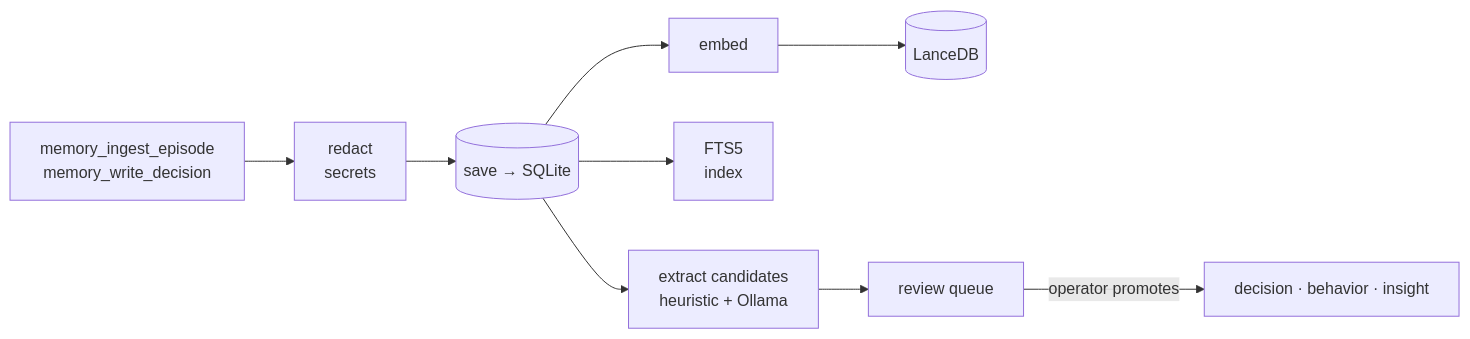
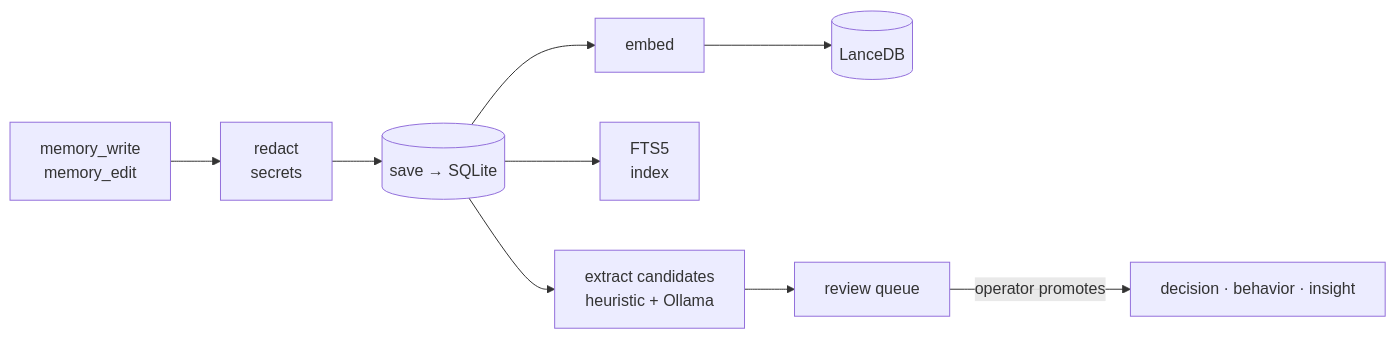
One commit to FrostieM/agentMemory changed the third of 3 diagrams in README.md. Above: the diagram before and after it, drawn with Mermaid. The commit also changed other lines of this file and 693 other files, not shown here.

````diff
--- a/README.md
+++ b/README.md
@@ -77,11 +77,11 @@
 ```mermaid
 flowchart LR
-    W["memory_ingest_episode<br/>memory_write_decision"] --> REDACT["redact<br/>secrets"]
+    W["memory_write<br/>memory_edit"] --> REDACT["redact<br/>secrets"]
     REDACT --> SAVE[("save → SQLite")]
     SAVE --> EMBED["embed"]
     EMBED --> LANCE[("LanceDB")]
     SAVE --> FTSIDX["FTS5<br/>index"]
     SAVE --> EXTRACT["extract candidates<br/>heuristic + Ollama"]
     EXTRACT --> QUEUE["review queue"]
     QUEUE -->|"operator promotes"| PROMOTED["decision · behavior · insight"]
 ```
````
